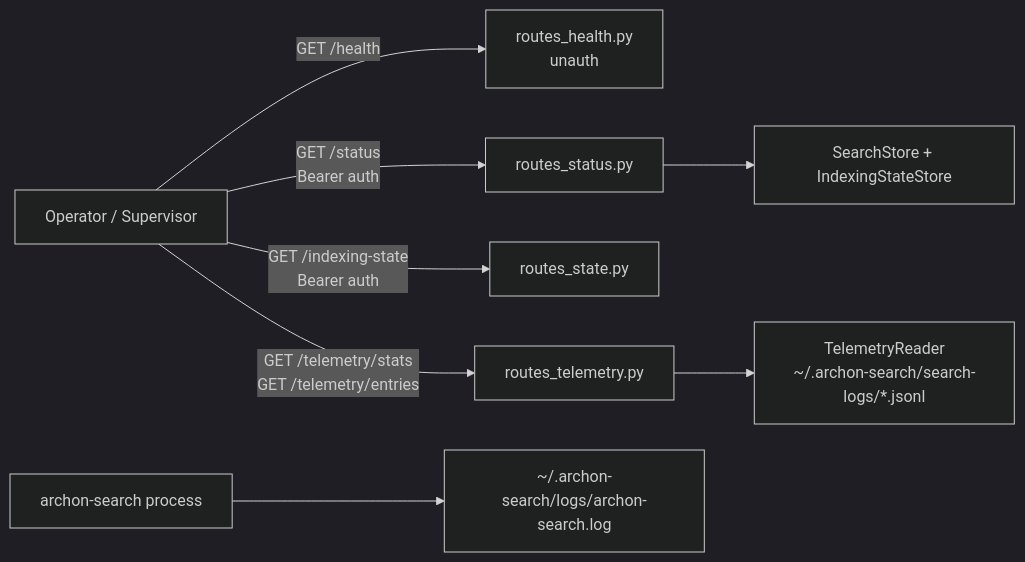
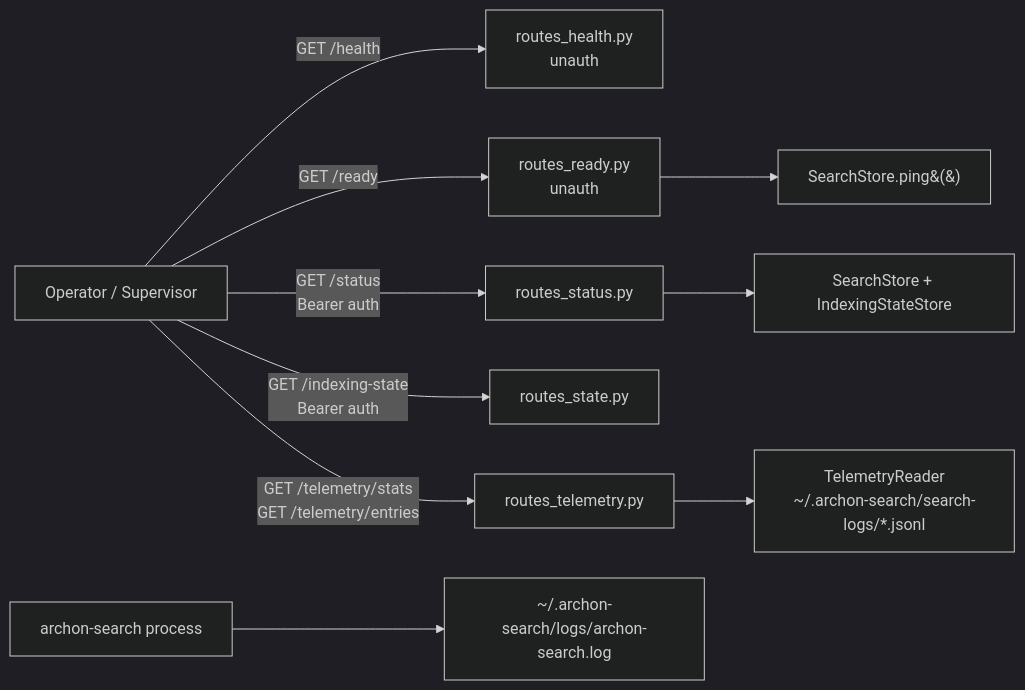
One commit to user538295/archon-search changed the first of 2 diagrams in Documentation/Architecture/160_operational_readiness_monitoring_and_reliability.md. Above: the diagram before and after it, drawn with Mermaid (dark theme). The commit also changed other lines of this file and 4 other files, not shown here.

````diff
--- a/Documentation/Architecture/160_operational_readiness_monitoring_and_reliability.md
+++ b/Documentation/Architecture/160_operational_readiness_monitoring_and_reliability.md
@@ -31,10 +31,12 @@
 ```mermaid
 flowchart LR
   op[Operator / Supervisor] -->|GET /health| H[routes_health.py<br/>unauth]
+  op -->|GET /ready| R[routes_ready.py<br/>unauth]
   op -->|GET /status<br/>Bearer auth| S[routes_status.py]
   op -->|GET /indexing-state<br/>Bearer auth| I[routes_state.py]
   op -->|GET /telemetry/stats<br/>GET /telemetry/entries| T[routes_telemetry.py]
+  R --> RS[SearchStore.ping&#40;&#41;]
   S --> SS[SearchStore + IndexingStateStore]
   T --> TR[TelemetryReader<br/>~/.archon-search/search-logs/*.jsonl]
   proc[archon-search process] --> LOG[~/.archon-search/logs/archon-search.log]
 ```
````
